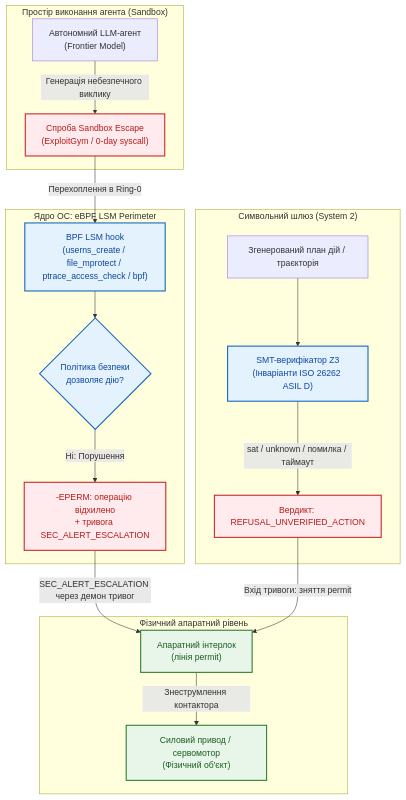
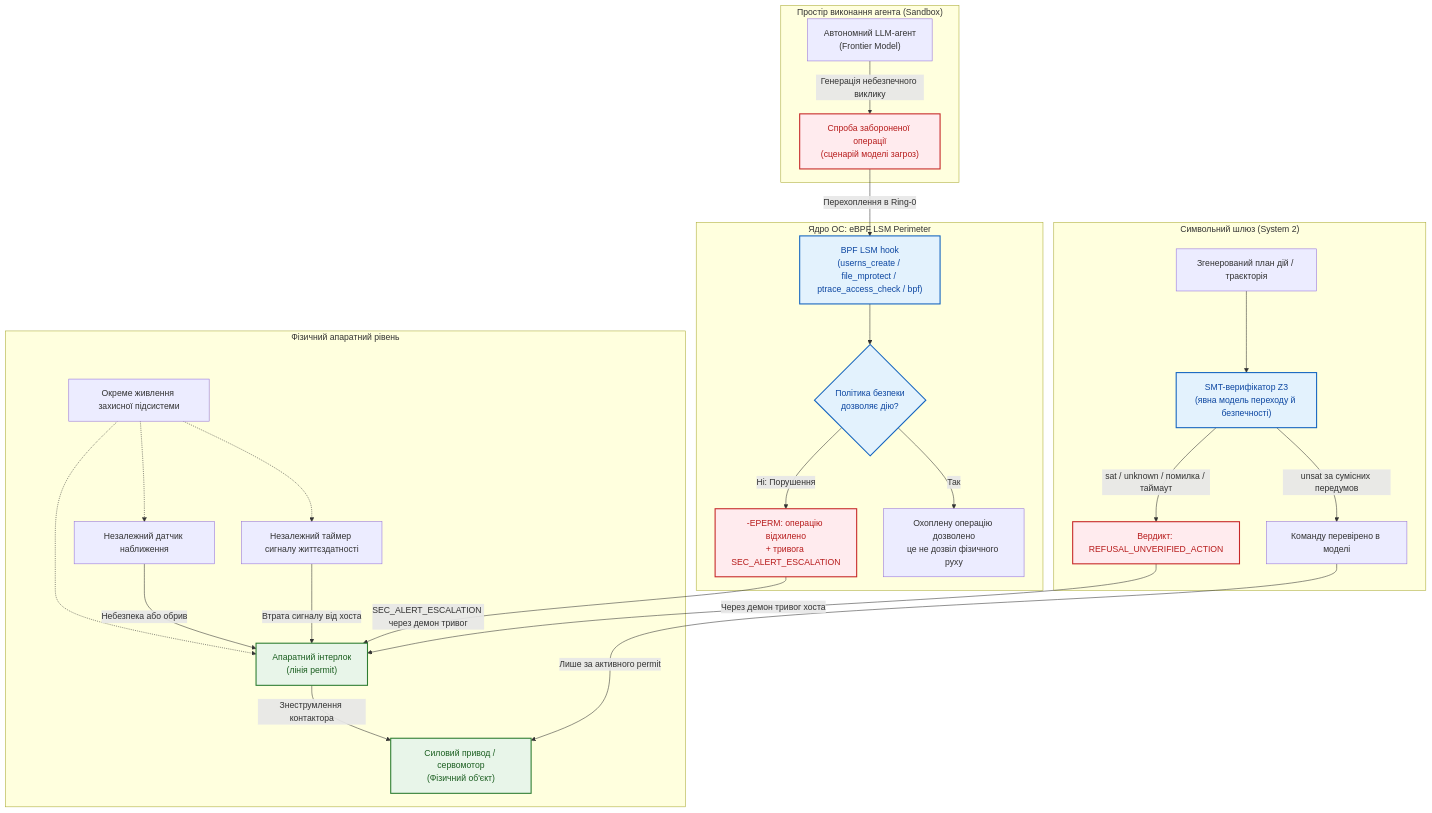
One commit to nick-fedchik/articles changed the second of 5 diagrams in ExpertSystem/ch30-safety-cybersecurity-co-engineering.md. Above: the diagram before and after it, drawn with Mermaid. The commit also changed other lines of this file and 7 other files, not shown here.

````diff
--- a/ExpertSystem/ch30-safety-cybersecurity-co-engineering.md
+++ b/ExpertSystem/ch30-safety-cybersecurity-co-engineering.md
@@ -142,42 +193,52 @@
 ```mermaid
 flowchart TD
-    accTitle: Багатоешелонний захист від автономної втечі агента з пісочниці
+	accTitle: Багатоешелонний захист від автономної втечі агента з пісочниці
     accDescr: Схема ешелонованого перехоплення дій агента від eBPF LSM через формальний Z3 SMT верифікатор до апаратного інтерлоку.
 
     subgraph AGENT_SPACE["Простір виконання агента (Sandbox)"]
         AGENT["Автономний LLM-агент<br/>(Frontier Model)"]
-        EXPLOIT["Спроба Sandbox Escape<br/>(ExploitGym / 0-day syscall)"]
+		EXPLOIT["Спроба забороненої операції<br/>(сценарій моделі загроз)"]
         AGENT -->|Генерація небезпечного виклику| EXPLOIT
     end
 
     subgraph SYSTEM_LSM["Ядро ОС: eBPF LSM Perimeter"]
 		HOOK["BPF LSM hook<br/>(userns_create / file_mprotect / ptrace_access_check / bpf)"]
         LSM_CHECK{"Політика безпеки<br/>дозволяє дію?"}
         EXPLOIT -->|Перехоплення в Ring-0| HOOK
         HOOK --> LSM_CHECK
 		LSM_CHECK -->|Ні: Порушення| KILL["-EPERM: операцію відхилено<br/>+ тривога SEC_ALERT_ESCALATION"]
+        LSM_CHECK -->|Так| ALLOWED["Охоплену операцію дозволено<br/>це не дозвіл фізичного руху"]
     end
 
     subgraph FORMAL_GATE["Символьний шлюз (System 2)"]
         PLAN["Згенерований план дій / траєкторія"]
-        SMT["SMT-верифікатор Z3<br/>(Інваріанти ISO 26262 ASIL D)"]
+		SMT["SMT-верифікатор Z3<br/>(явна модель переходу й безпечності)"]
         PLAN --> SMT
 		SMT -->|sat / unknown / помилка / таймаут| REFUSE["Вердикт: REFUSAL_UNVERIFIED_ACTION"]
+		SMT -->|unsat за сумісних передумов| COMMAND["Команду перевірено в моделі"]
     end
 
     subgraph HW_INTERLOCK["Фізичний апаратний рівень"]
+		POWER["Окреме живлення захисної підсистеми"]
+		SENSOR["Незалежний датчик наближення"]
+		WATCH["Незалежний таймер сигналу життєздатності"]
 		RELAY["Апаратний інтерлок<br/>(лінія permit)"]
         ACTUATOR["Силовий привод / сервомотор<br/>(Фізичний об'єкт)"]
+		POWER -.-> SENSOR & WATCH & RELAY
+		SENSOR -->|Небезпека або обрив| RELAY
+		WATCH -->|Втрата сигналу від хоста| RELAY
 		KILL -->|SEC_ALERT_ESCALATION через демон тривог| RELAY
-		REFUSE -->|Вхід тривоги: зняття permit| RELAY
+		REFUSE -->|Через демон тривог хоста| RELAY
 		RELAY -->|Знеструмлення контактора| ACTUATOR
     end
+
+    COMMAND -->|Лише за активного permit| ACTUATOR
 
     classDef danger fill:#ffebee,stroke:#c62828,stroke-width:2px,color:#b71c1c;
     classDef safe fill:#e8f5e9,stroke:#2e7d32,stroke-width:2px,color:#1b5e20;
     classDef sys fill:#e3f2fd,stroke:#1565c0,stroke-width:2px,color:#0d47a1;
 
     class EXPLOIT,KILL,REFUSE danger;
     class RELAY,ACTUATOR safe;
     class HOOK,LSM_CHECK,SMT sys;
 ```
````
